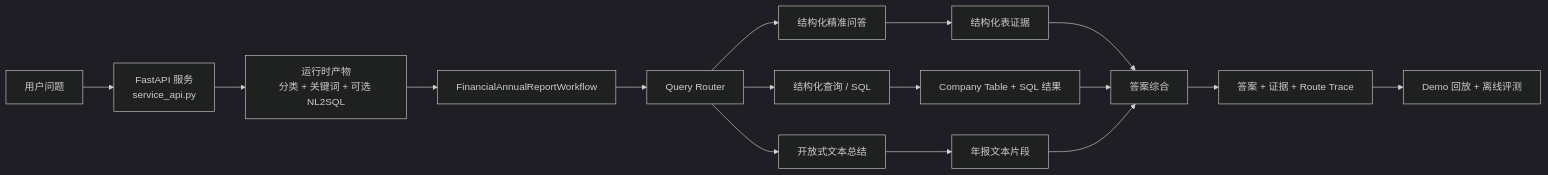
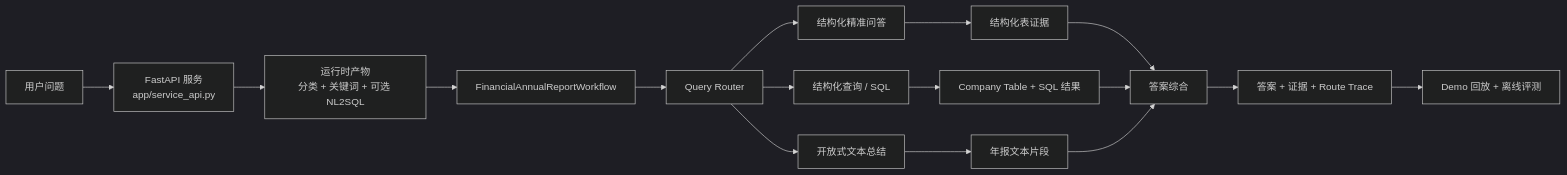
The diagram in README.zh-CN.md (clclrc/AnnualReportAgent-demo), drawn with Mermaid (dark theme) before and after one commit. The commit also changed other lines of this file and 30 other files, not shown here.

````diff
--- a/README.zh-CN.md
+++ b/README.zh-CN.md
@@ -31,18 +31,18 @@
 ```mermaid
 flowchart LR
-    U["用户问题"] --> API["FastAPI 服务<br/>service_api.py"]
+    U["用户问题"] --> API["FastAPI 服务<br/>app/service_api.py"]
     API --> RT["运行时产物<br/>分类 + 关键词 + 可选 NL2SQL"]
     RT --> WF["FinancialAnnualReportWorkflow"]
     WF --> QR["Query Router"]
     QR --> S1["结构化精准问答"]
     QR --> S2["结构化查询 / SQL"]
     QR --> S3["开放式文本总结"]
     S1 --> EV1["结构化表证据"]
     S2 --> EV2["Company Table + SQL 结果"]
     S3 --> EV3["年报文本片段"]
     EV1 --> SYN["答案综合"]
     EV2 --> SYN
     EV3 --> SYN
     SYN --> OUT["答案 + 证据 + Route Trace"]
     OUT --> EVAL["Demo 回放 + 离线评测"]
 ```
````
